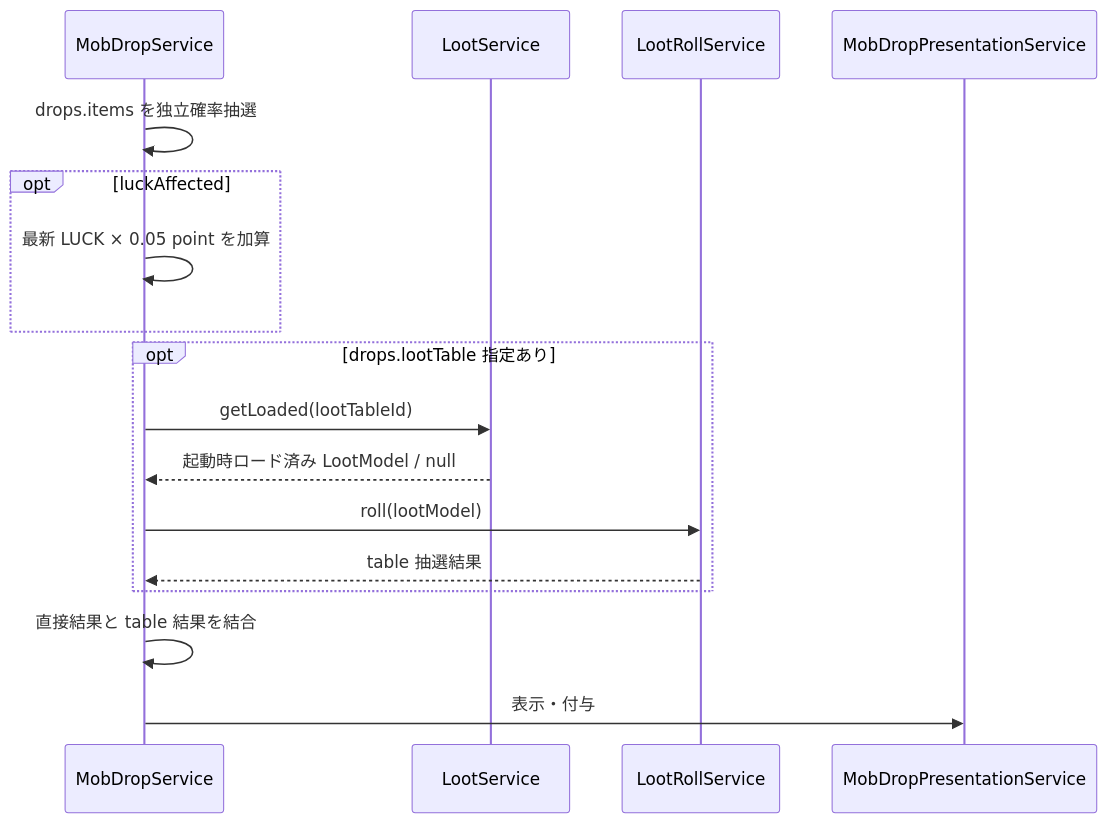
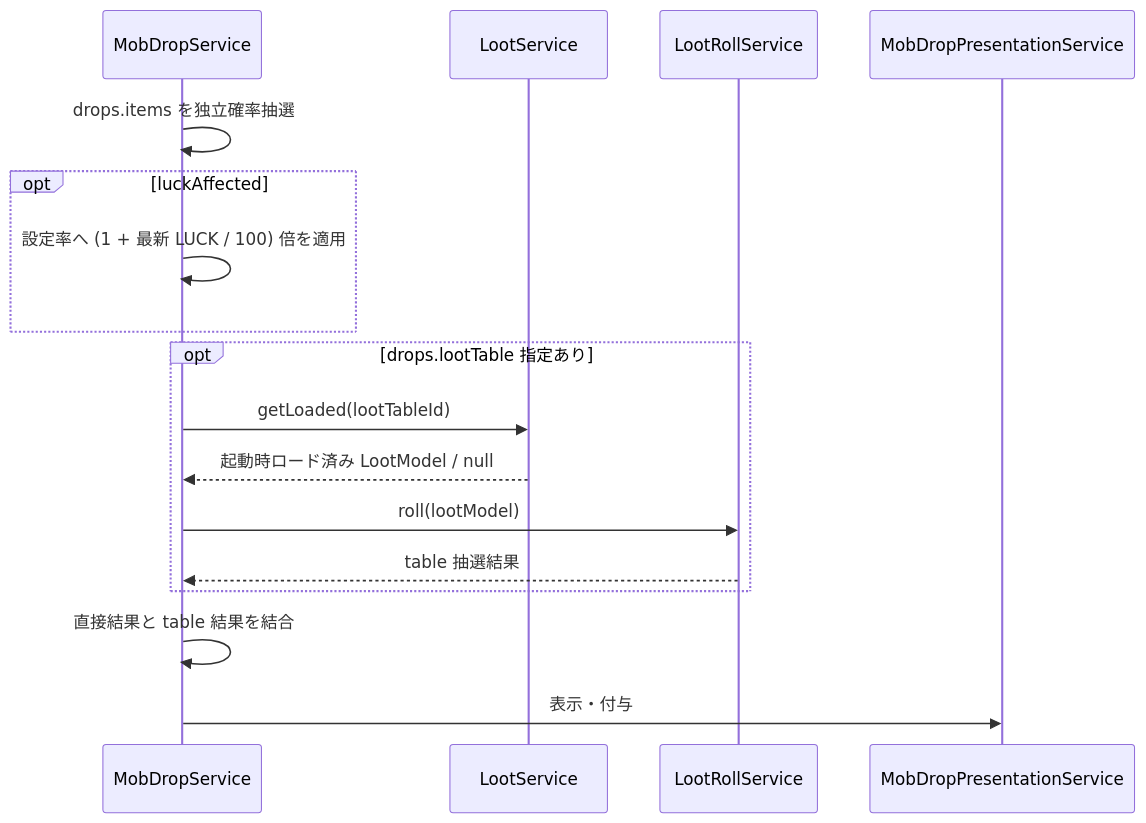
Before and after one commit to maaasu/AstralRecord-Workspace: the fifth of 5 diagrams in 00_docs/10_Plugin設計書/feature/06-loot/06_4-統合フロー.md, drawn with Mermaid. The commit also changed 6 other files, not shown here.

````diff
--- a/00_docs/10_Plugin設計書/feature/06-loot/06_4-統合フロー.md
+++ b/00_docs/10_Plugin設計書/feature/06-loot/06_4-統合フロー.md
@@ -122,20 +122,20 @@
 ```mermaid
 sequenceDiagram
     participant D as MobDropService
     participant S as LootService
     participant R as LootRollService
     participant P as MobDropPresentationService
 
     D->>D: drops.items を独立確率抽選
     opt luckAffected
-        D->>D: 最新 LUCK × 0.05 point を加算
+        D->>D: 設定率へ (1 + 最新 LUCK / 100) 倍を適用
     end
     opt drops.lootTable 指定あり
         D->>S: getLoaded(lootTableId)
         S-->>D: 起動時ロード済み LootModel / null
         D->>R: roll(lootModel)
         R-->>D: table 抽選結果
     end
     D->>D: 直接結果と table 結果を結合
     D->>P: 表示・付与
 ```
````
